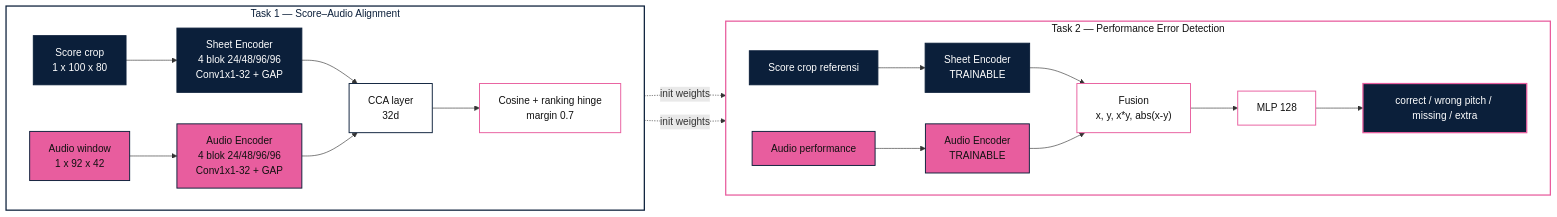
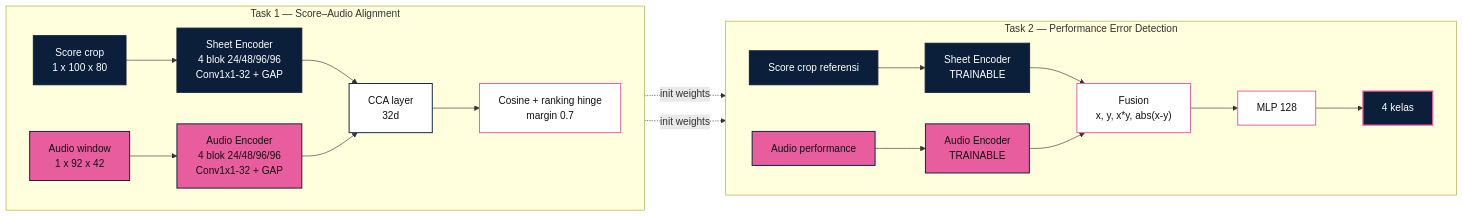
The diagram in reports/architecture_dorfer.md (violaherfinap/msmd-learning), drawn with Mermaid before and after one commit. The commit also changed other lines of this file and 5 other files, not shown here.

````diff
--- a/reports/architecture_dorfer.md
+++ b/reports/architecture_dorfer.md
@@ -3,41 +3,35 @@
 ```mermaid
 flowchart LR
     subgraph T1["Task 1 — Score–Audio Alignment"]
         direction LR
         SI["Score crop<br/>1 x 100 x 80"] --> SE["Sheet Encoder<br/>4 blok 24/48/96/96<br/>Conv1x1-32 + GAP"]
         AI["Audio window<br/>1 x 92 x 42"] --> AE["Audio Encoder<br/>4 blok 24/48/96/96<br/>Conv1x1-32 + GAP"]
         SE --> CCA["CCA layer<br/>32d"]
         AE --> CCA
         CCA --> RL["Cosine + ranking hinge<br/>margin 0.7"]
     end
 
     subgraph T2["Task 2 — Performance Error Detection"]
         direction LR
         SC["Score crop referensi"] --> SE2["Sheet Encoder<br/>TRAINABLE"]
         AU["Audio performance"] --> AE2["Audio Encoder<br/>TRAINABLE"]
         SE2 --> FU["Fusion<br/>x, y, x*y, abs(x-y)"]
         AE2 --> FU
-        FU --> MLP["MLP 128"] --> OUT["correct / wrong pitch / missing / extra"]
+        FU --> MLP["MLP 128"] --> OUT["4 kelas"]
     end
 
     SE -. "init weights" .-> SE2
     AE -. "init weights" .-> AE2
 
     classDef navyBox fill:#0B1F3A,stroke:#0B1F3A,color:#FFFFFF,stroke-width:1.5px;
     classDef pinkBox fill:#E85D9E,stroke:#0B1F3A,color:#111111,stroke-width:1.5px;
     classDef whiteNavy fill:#FFFFFF,stroke:#0B1F3A,color:#111111,stroke-width:1.5px;
     classDef whitePink fill:#FFFFFF,stroke:#E85D9E,color:#111111,stroke-width:1.5px;
     classDef outputBox fill:#0B1F3A,stroke:#E85D9E,color:#FFFFFF,stroke-width:2px;
 
-    class SI,SE navyBox;
-    class AI,AE pinkBox;
+    class SI,SE,SC,SE2 navyBox;
+    class AI,AE,AU,AE2 pinkBox;
     class CCA whiteNavy;
-    class RL whitePink;
-    class SC,SE2 navyBox;
-    class AU,AE2 pinkBox;
-    class FU,MLP whitePink;
+    class RL,FU,MLP whitePink;
     class OUT outputBox;
-
-    style T1 fill:#FFFFFF,stroke:#0B1F3A,stroke-width:2px,color:#0B1F3A;
-    style T2 fill:#FFFFFF,stroke:#E85D9E,stroke-width:2px,color:#111111;
 ```
````
